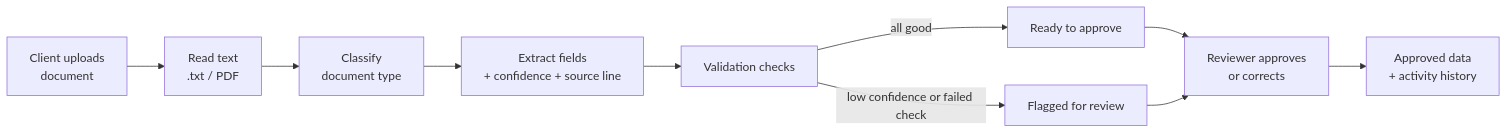
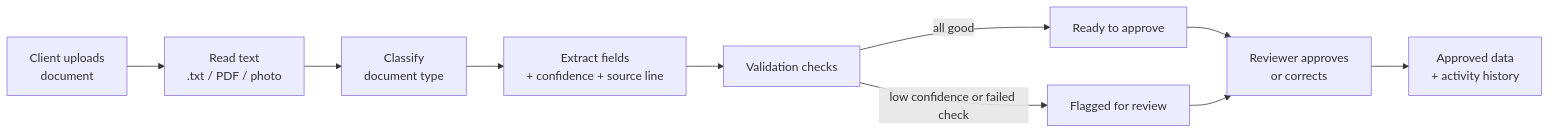
The diagram in README.md (rajuerladinny/ai-document-intake), drawn with Mermaid before and after one commit. The commit also changed other lines of this file and 1 other file, not shown here.

Commit message:
Document AI extraction setup and update the roadmap

````diff
--- a/README.md
+++ b/README.md
@@ -49,12 +50,12 @@
 ```mermaid
 flowchart LR
-    A[Client uploads<br/>document] --> B[Read text<br/>.txt / PDF]
+    A[Client uploads<br/>document] --> B[Read text<br/>.txt / PDF / photo]
     B --> C[Classify<br/>document type]
     C --> D[Extract fields<br/>+ confidence + source line]
     D --> E[Validation checks]
     E -->|all good| F[Ready to approve]
     E -->|low confidence or failed check| G[Flagged for review]
     F --> H[Reviewer approves<br/>or corrects]
     G --> H
     H --> I[Approved data<br/>+ activity history]
 ```
````
